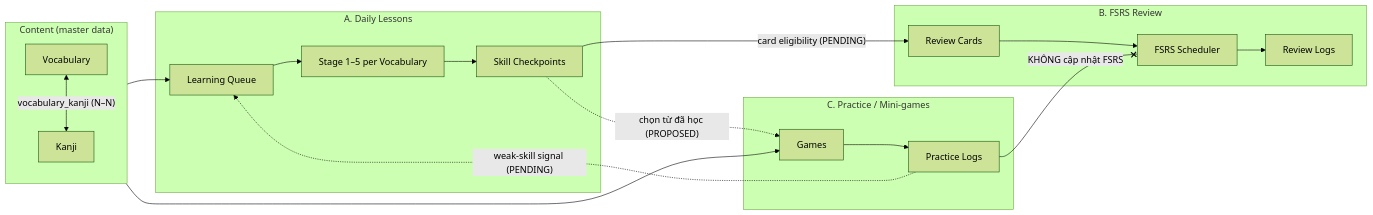
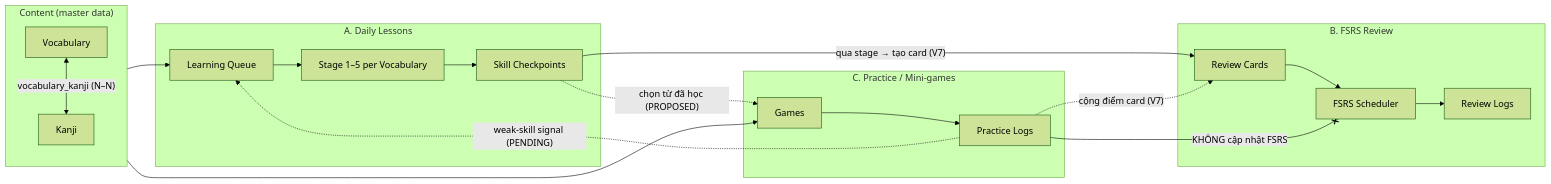
The first of 6 diagrams in docs/PROJECT_SPEC.md (Pabh3725/japanese-learning-app), drawn with Mermaid (forest theme) before and after one commit. The commit also changed other lines of this file and 1 other file, not shown here.

````diff
--- a/docs/PROJECT_SPEC.md
+++ b/docs/PROJECT_SPEC.md
@@ -226,35 +239,36 @@
 ```mermaid
 flowchart LR
     subgraph Content["Content (master data)"]
         V[Vocabulary]
         K[Kanji]
         V <-- "vocabulary_kanji (N–N)" --> K
     end
 
     subgraph DL["A. Daily Lessons"]
         LQ[Learning Queue]
         ST[Stage 1–5 per Vocabulary]
         CP[Skill Checkpoints]
         LQ --> ST --> CP
     end
 
     subgraph RV["B. FSRS Review"]
         RC[Review Cards]
         FS[FSRS Scheduler]
         RL[Review Logs]
         RC --> FS --> RL
     end
 
     subgraph PR["C. Practice / Mini-games"]
         G[Games]
         PL[Practice Logs]
         G --> PL
     end
 
     Content --> LQ
-    CP -- "card eligibility (PENDING)" --> RC
+    CP -- "qua stage → tạo card (V7)" --> RC
     Content --> G
     CP -. "chọn từ đã học (PROPOSED)" .-> G
     PL -. "weak-skill signal (PENDING)" .-> LQ
+    PL -. "cộng điểm card (V7)" .-> RC
     PL -- "KHÔNG cập nhật FSRS" --x FS
 ```
````
